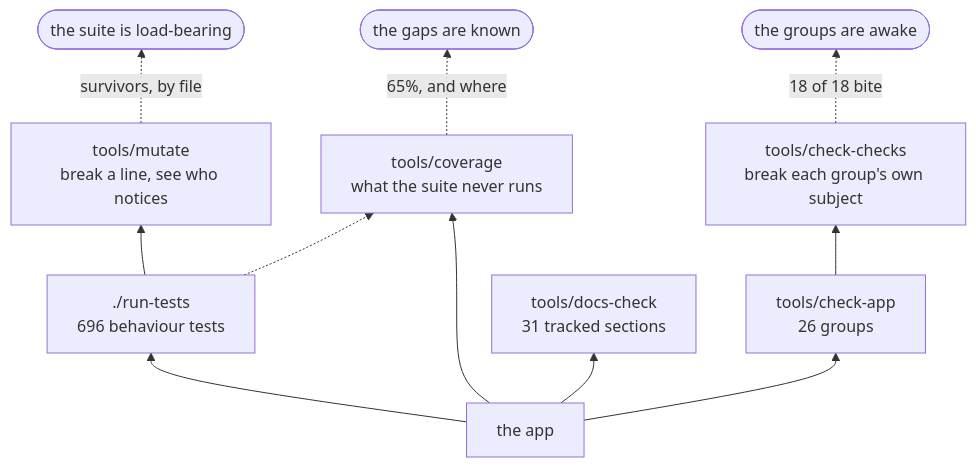
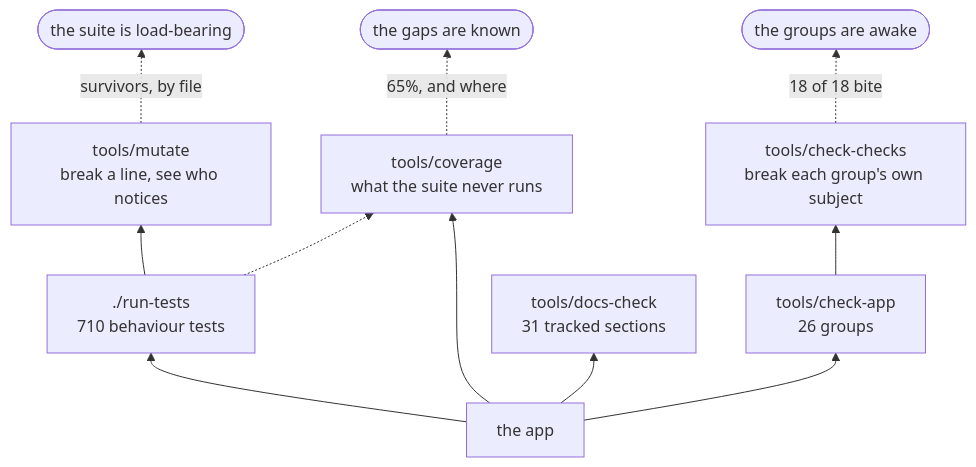
One commit to minormending/crystal-pilot-mobile changed the second of 2 diagrams in docs/DEVELOPING.md. Above: the diagram before and after it, drawn with Mermaid. The commit also changed other lines of this file and 6 other files, not shown here.

````diff
--- a/docs/DEVELOPING.md
+++ b/docs/DEVELOPING.md
@@ -127,13 +127,13 @@
 ```mermaid
 flowchart BT
-    C["the app"] --> T["./run-tests<br/>696 behaviour tests"]
+    C["the app"] --> T["./run-tests<br/>710 behaviour tests"]
     C --> A["tools/check-app<br/>26 groups"]
     C --> D["tools/docs-check<br/>31 tracked sections"]
     C --> V["tools/coverage<br/>what the suite never runs"]
     T --> M["tools/mutate<br/>break a line, see who notices"]
     A --> K["tools/check-checks<br/>break each group's own subject"]
     T -.-> V
     M -.->|"survivors, by file"| R(["the suite is load-bearing"])
     K -.->|"18 of 18 bite"| R2(["the groups are awake"])
     V -.->|"65%, and where"| R3(["the gaps are known"])
 ```
````
